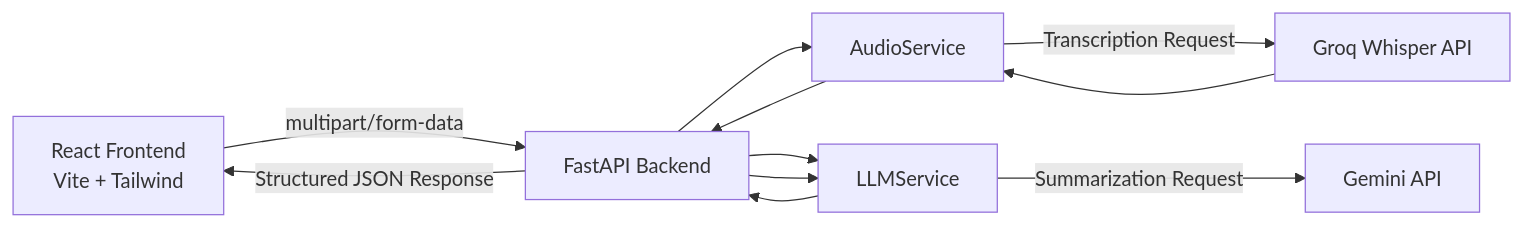
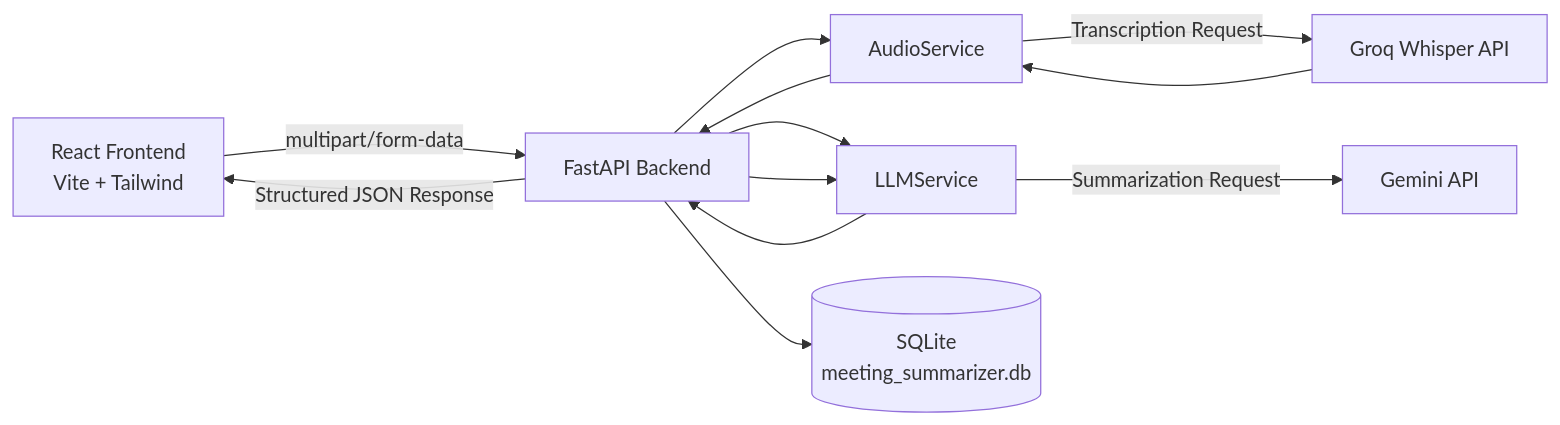
Before and after one commit to AbhilashPurohit14/meeting-summarizer: the diagram in README.md, drawn with Mermaid. The commit also changed other lines of this file and 8 other files, not shown here.

Commit message:
Add graphite UI redesign, SQLite persistence, and history tab with clear-history confirmation

````diff
--- a/README.md
+++ b/README.md
@@ -23,13 +23,14 @@
 ```mermaid
 flowchart LR
     A[React Frontend<br/>Vite + Tailwind] -->|multipart/form-data| B[FastAPI Backend]
     B --> C[AudioService]
     B --> D[LLMService]
     C -->|Transcription Request| E[Groq Whisper API]
     D -->|Summarization Request| F[Gemini API]
     E --> C
     C --> B
     B --> D
     D --> B
+    B --> G[(SQLite<br/>meeting_summarizer.db)]
     B -->|Structured JSON Response| A
 ```
````
